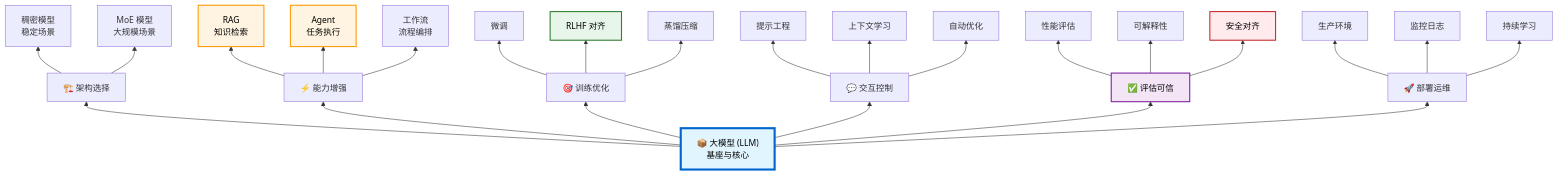
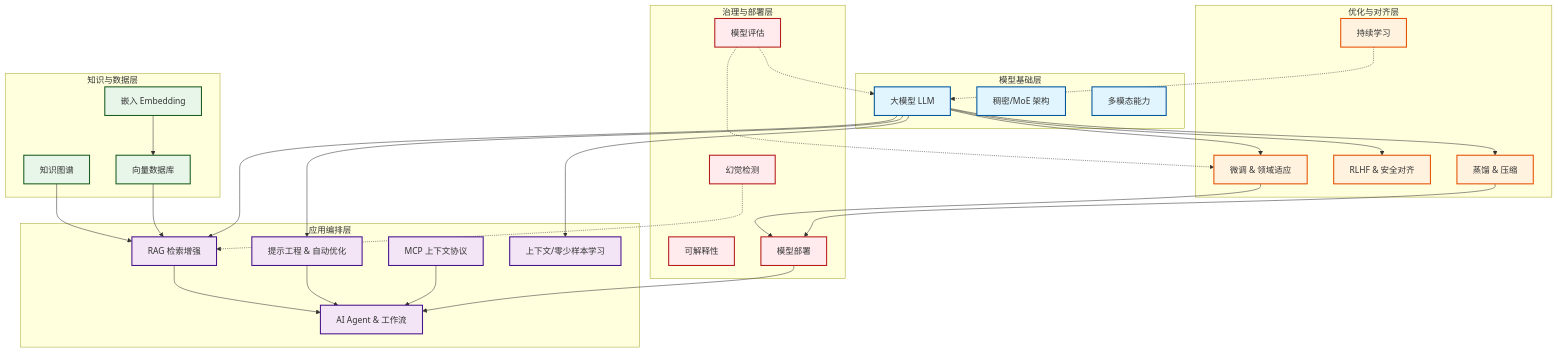
One commit to wb04307201/wb04307201 changed the diagram in note/11.ai/2026/llm/concept/README.md. Above: the diagram before and after it, drawn with Mermaid. The commit also changed other lines of this file, not shown here.

First line of the commit message:
docs(llm): 更新大模型技术栈文档结构和内容

````diff
--- a/note/11.ai/2026/llm/concept/README.md
+++ b/note/11.ai/2026/llm/concept/README.md
@@ -337,40 +105,76 @@
 ```mermaid
-graph BT
-    LLM["📦 大模型 (LLM)<br/>基座与核心"]
+graph TD
+    %% 定义样式
+    classDef foundation fill:#e1f5fe,stroke:#01579b,stroke-width:2px;
+    classDef optimization fill:#fff3e0,stroke:#e65100,stroke-width:2px;
+    classDef knowledge fill:#e8f5e9,stroke:#1b5e20,stroke-width:2px;
+    classDef app fill:#f3e5f5,stroke:#4a148c,stroke-width:2px;
+    classDef governance fill:#ffebee,stroke:#b71c1c,stroke-width:2px;
+
+    subgraph Governance [治理与部署层]
+        G1[模型评估]
+        G2[可解释性]
+        G3[幻觉检测]
+        G4[模型部署]
+    end
+
+    subgraph Application [应用编排层]
+        A1[RAG 检索增强]
+        A2[AI Agent & 工作流]
+        A3[提示工程 & 自动优化]
+        A4[MCP 上下文协议]
+        A5[上下文/零少样本学习]
+    end
+
+    subgraph Knowledge [知识与数据层]
+        K1[嵌入 Embedding]
+        K2[向量数据库]
+        K3[知识图谱]
+    end
+
+    subgraph Optimization [优化与对齐层]
+        O1[微调 & 领域适应]
+        O2[RLHF & 安全对齐]
+        O3[蒸馏 & 压缩]
+        O4[持续学习]
+    end
+
+    subgraph Foundation [模型基础层]
+        F1[大模型 LLM]
+        F2[稠密/MoE 架构]
+        F3[多模态能力]
+    end
+
+    %% 关系连接
+    F1 --> O1
+    F1 --> O2
+    F1 --> O3
+    O1 --> G4
+    O3 --> G4
     
-    LLM --> Architecture["🏗️ 架构选择"]
-    Architecture --> Dense["稠密模型<br/>稳定场景"]
-    Architecture --> MoE["MoE 模型<br/>大规模场景"]
+    K1 --> K2
+    K3 --> A1
+    K2 --> A1
     
-    LLM --> Enhancement["⚡ 能力增强"]
-    Enhancement --> RAG["RAG<br/>知识检索"]
-    Enhancement --> Agent["Agent<br/>任务执行"]
-    Enhancement --> Workflow["工作流<br/>流程编排"]
+    A1 --> A2
+    A3 --> A2
+    A4 --> A2
     
-    LLM --> Optimization["🎯 训练优化"]
-    Optimization --> FineTuning["微调"]
-    Optimization --> RLHF["RLHF 对齐"]
-    Optimization --> Distillation["蒸馏压缩"]
+    F1 --> A1
+    F1 --> A3
+    F1 --> A5
     
-    LLM --> Interaction["💬 交互控制"]
-    Interaction --> Prompt["提示工程"]
-    Interaction --> ICL["上下文学习"]
-    Interaction --> AutoPrompt["自动优化"]
+    G4 --> A2
+    G1 -.-> O1
+    G1 -.-> F1
+    G3 -.-> A1
     
-    LLM --> Evaluation["✅ 评估可信"]
-    Evaluation --> Metrics["性能评估"]
-    Evaluation --> Explain["可解释性"]
-    Evaluation --> Safety["安全对齐"]
-    
-    LLM --> Deployment["🚀 部署运维"]
-    Deployment --> Production["生产环境"]
-    Deployment --> Monitoring["监控日志"]
-    Deployment --> Update["持续学习"]
-    
-    style LLM fill:#e1f5ff,stroke:#0066cc,stroke-width:4px,color:#000
-    style RAG fill:#fff4e1,stroke:#ff9900,stroke-width:2px,color:#000
-    style Agent fill:#fff4e1,stroke:#ff9900,stroke-width:2px,color:#000
-    style RLHF fill:#e8f5e9,stroke:#2e7d32,stroke-width:2px,color:#000
-    style Safety fill:#ffebee,stroke:#c62828,stroke-width:2px,color:#000
-    style Evaluation fill:#f3e5f5,stroke:#7b1fa2,stroke-width:2px,color:#000
+    O4 -.-> F1
+
+    %% 应用样式
+    class F1,F2,F3 foundation;
+    class O1,O2,O3,O4 optimization;
+    class K1,K2,K3 knowledge;
+    class A1,A2,A3,A4,A5 app;
+    class G1,G2,G3,G4 governance;
 ```
````
